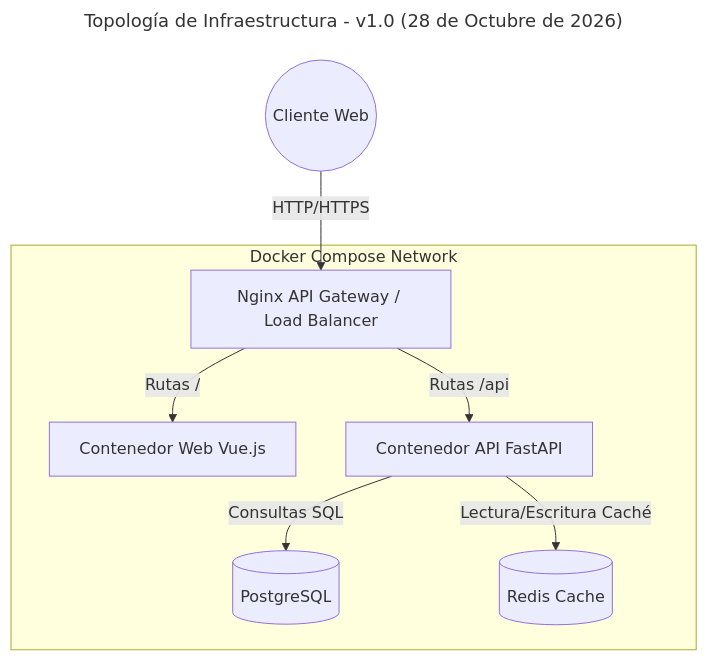
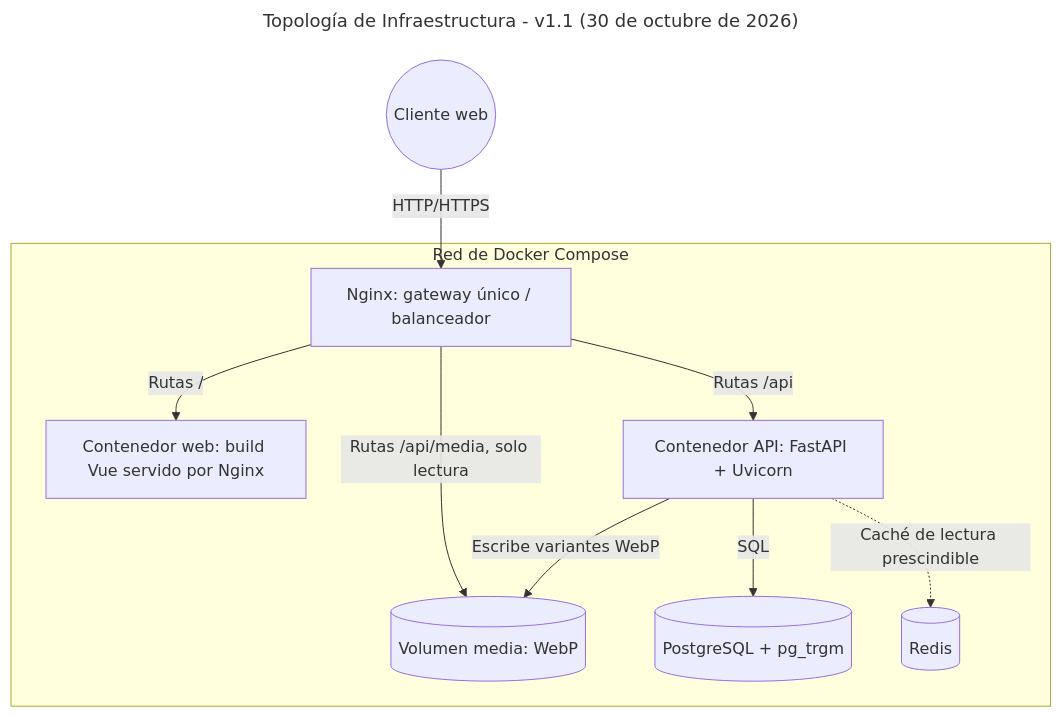
The first of 4 diagrams in docs/Analisis-Arquitectonico-Funcional-Plataforma-Mis-Eventos.md (sebaxtian/mis-eventos), drawn with Mermaid before and after one commit. The commit also changed other lines of this file and 7 other files, not shown here.

````diff
--- a/docs/Analisis-Arquitectonico-Funcional-Plataforma-Mis-Eventos.md
+++ b/docs/Analisis-Arquitectonico-Funcional-Plataforma-Mis-Eventos.md
@@ -25,15 +53,17 @@
 ```mermaid
 ---
-title: Topología de Infraestructura - v1.0 (28 de Octubre de 2026)
+title: Topología de Infraestructura - v1.1 (30 de octubre de 2026)
 ---
 graph TD
-    Client((Cliente Web)) -->|HTTP/HTTPS| Nginx[Nginx API Gateway / Load Balancer]
+    Client((Cliente web)) -->|HTTP/HTTPS| Nginx[Nginx: gateway único / balanceador]
 
-    subgraph Docker Compose Network
-        Nginx -->|Rutas /| WebContainer[Contenedor Web Vue.js]
-        Nginx -->|Rutas /api| ApiContainer[Contenedor API FastAPI]
+    subgraph Red de Docker Compose
+        Nginx -->|Rutas /| Web[Contenedor web: build Vue servido por Nginx]
+        Nginx -->|Rutas /api| Api[Contenedor API: FastAPI + Uvicorn]
+        Nginx -->|Rutas /api/media, solo lectura| Media[(Volumen media: WebP)]
 
-        ApiContainer -->|Consultas SQL| DB[(PostgreSQL)]
-        ApiContainer -->|Lectura/Escritura Caché| Redis[(Redis Cache)]
+        Api -->|SQL| DB[(PostgreSQL + pg_trgm)]
+        Api -.->|Caché de lectura prescindible| Redis[(Redis)]
+        Api -->|Escribe variantes WebP| Media
     end
 ```
````
